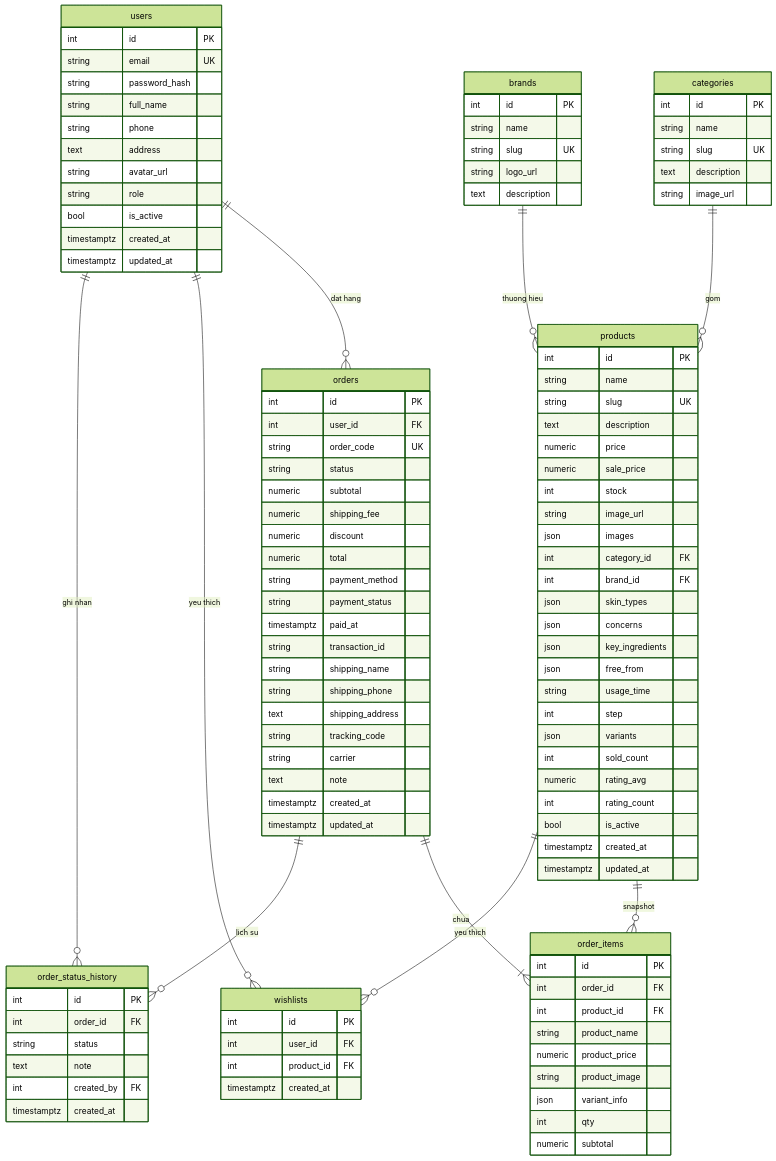
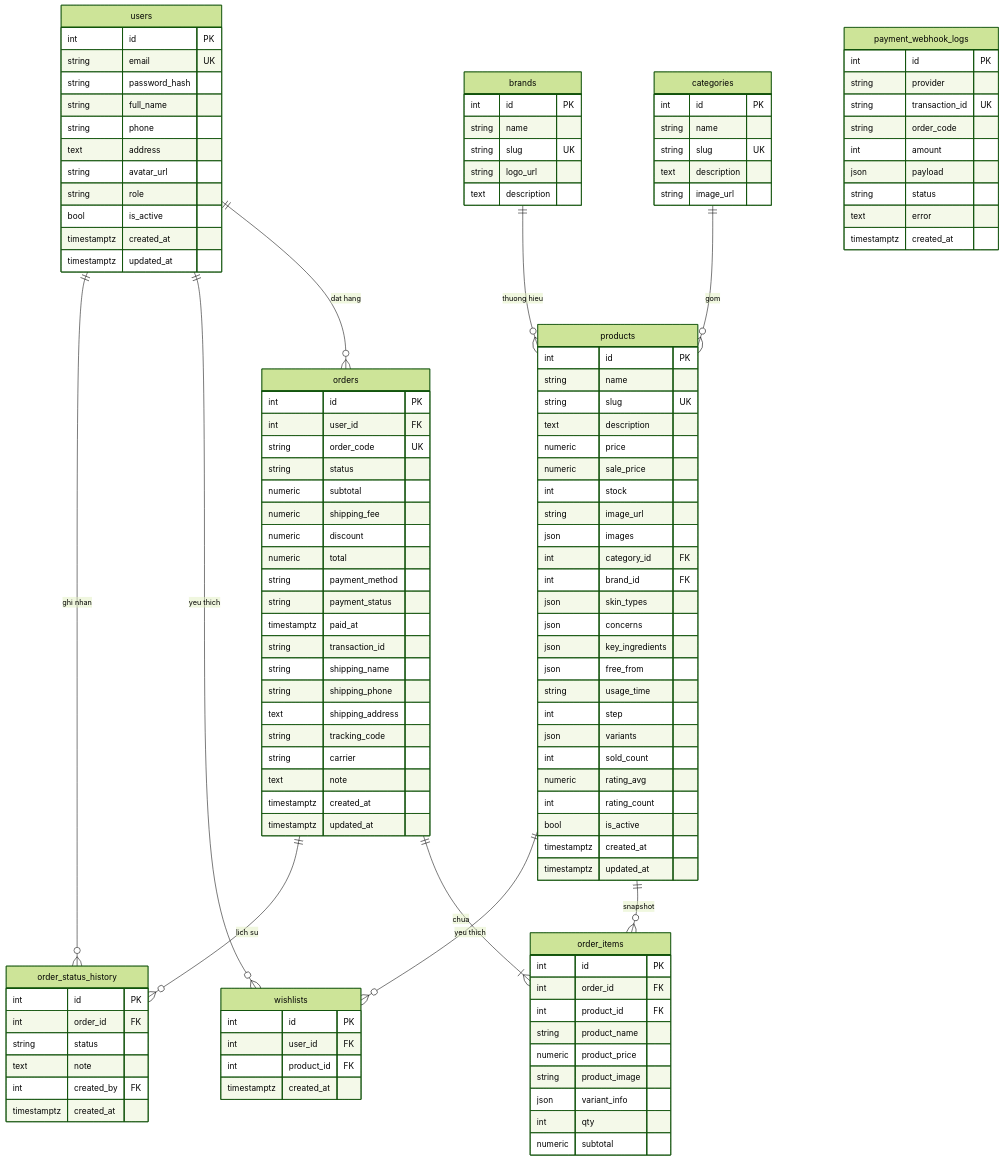
The third of 7 diagrams in docs/01-system-design.md (NgHuy-akaSteph/cosme-shop), drawn with Mermaid (forest theme) before and after one commit. The commit also changed other lines of this file and 163 other files, not shown here.

````diff
--- a/docs/01-system-design.md
+++ b/docs/01-system-design.md
@@ -227,4 +229,16 @@
         int product_id FK
         timestamptz created_at
     }
+
+    payment_webhook_logs {
+        int id PK
+        string provider
+        string transaction_id UK
+        string order_code
+        int amount
+        json payload
+        string status
+        text error
+        timestamptz created_at
+    }
 ```
````
